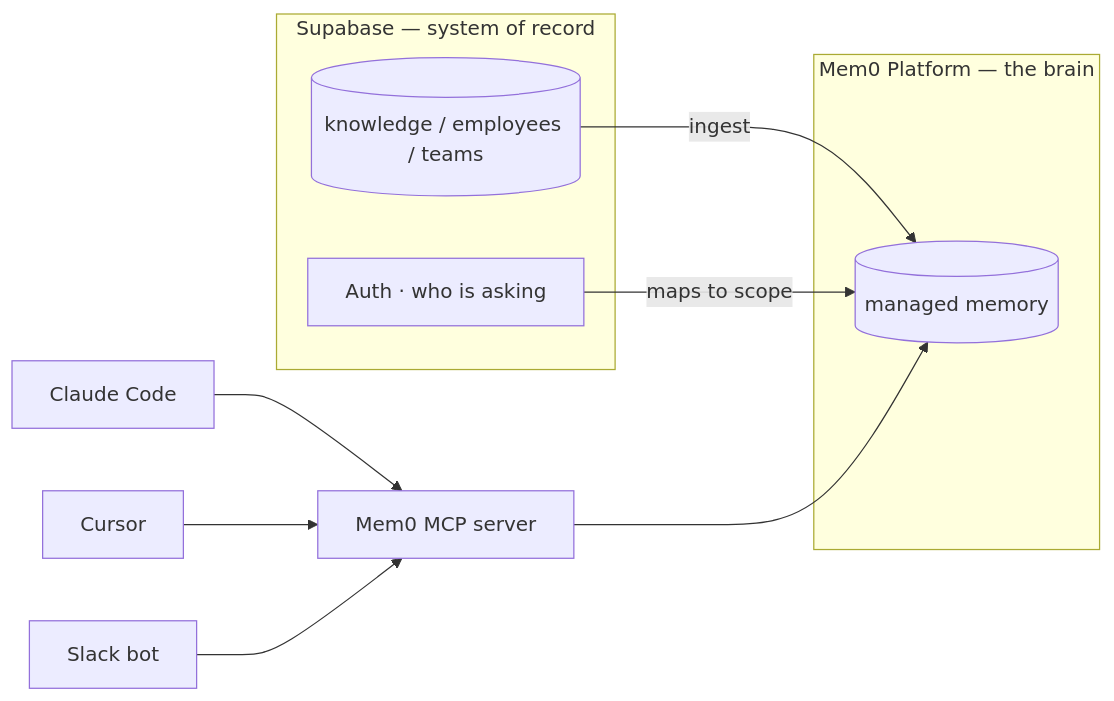
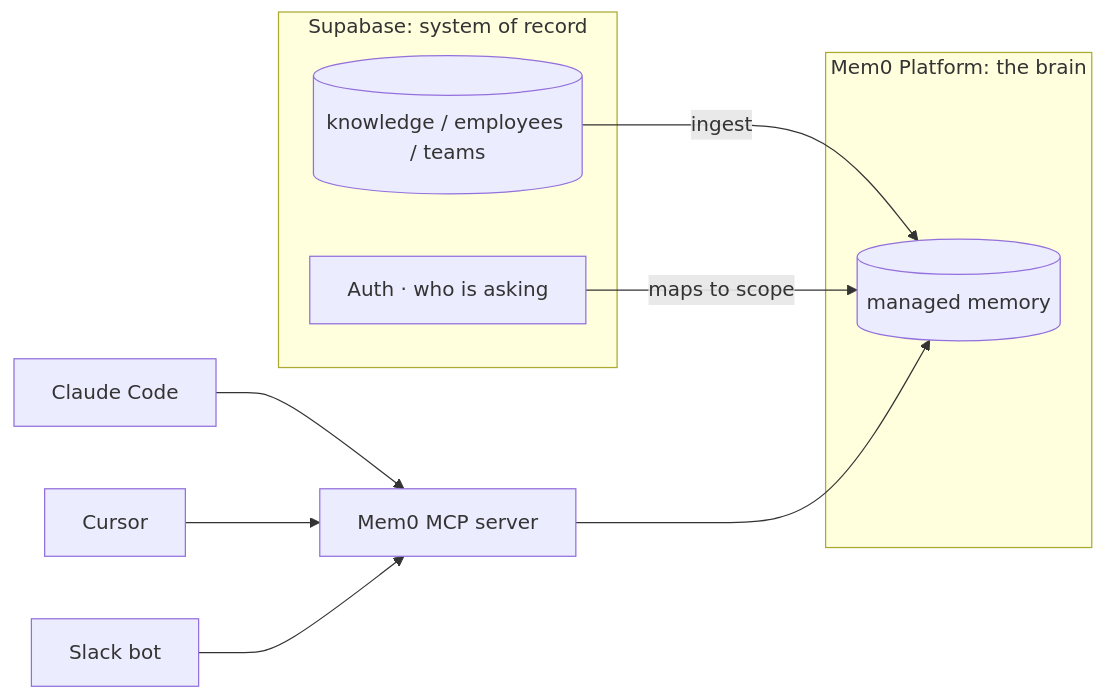
One commit to mem0ai/mem0 changed the diagram in docs/cookbooks/integrations/supabase.mdx. Above: the diagram before and after it, drawn with Mermaid. The commit also changed other lines of this file, not shown here.

Commit message:
docs(cookbooks): remove em dashes from company-brain cookbook

````diff
--- a/docs/cookbooks/integrations/supabase.mdx
+++ b/docs/cookbooks/integrations/supabase.mdx
@@ -20,16 +20,16 @@
 ```mermaid
 flowchart LR
-  subgraph SB["Supabase — system of record"]
+  subgraph SB["Supabase: system of record"]
     K[(knowledge / employees / teams)]
     AU[Auth · who is asking]
   end
-  subgraph M0["Mem0 Platform — the brain"]
+  subgraph M0["Mem0 Platform: the brain"]
     B[(managed memory)]
   end
   K -->|ingest| B
   AU -->|maps to scope| B
   CC[Claude Code] --> MCP[Mem0 MCP server]
   CU[Cursor] --> MCP
   SL[Slack bot] --> MCP
   MCP --> B
 ```
````
